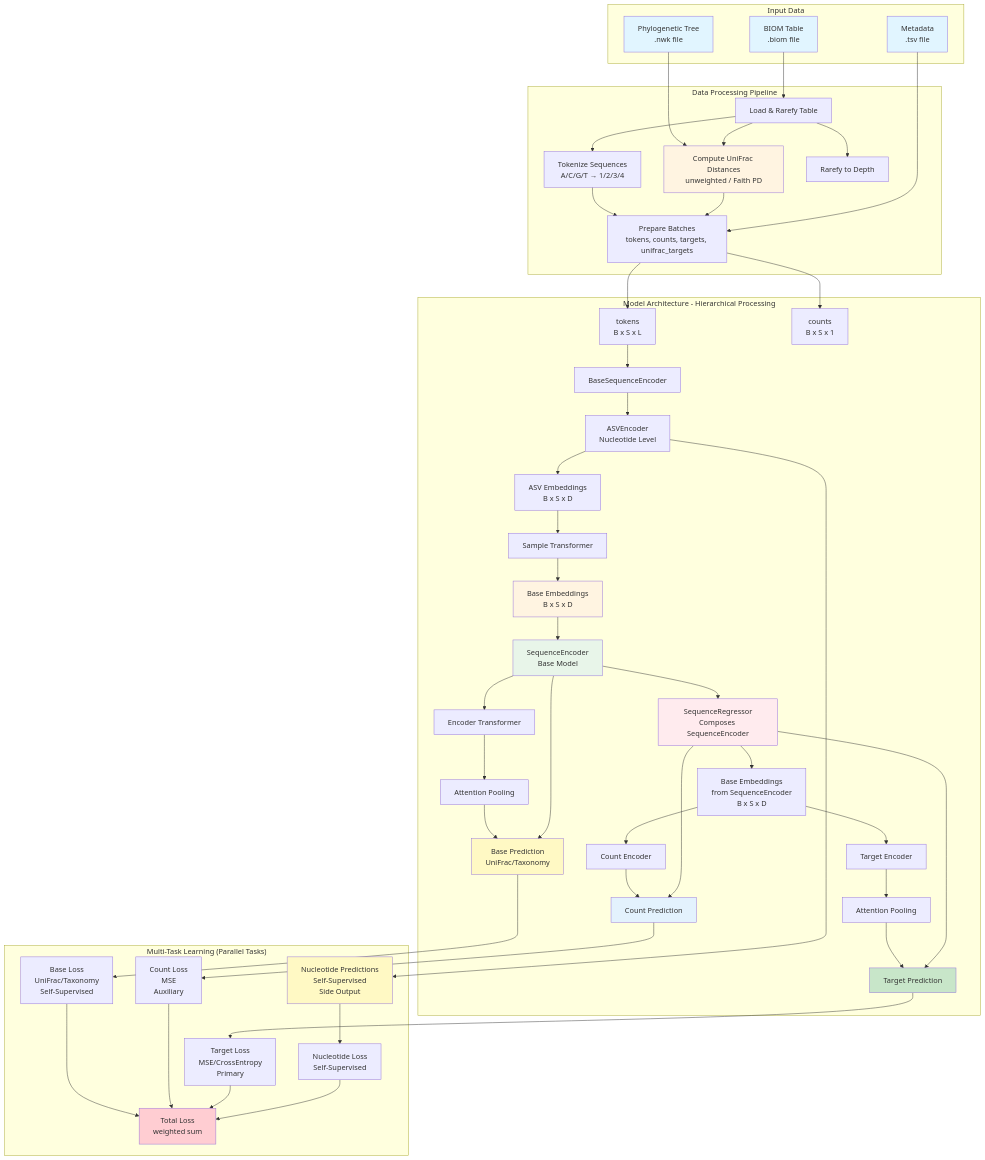
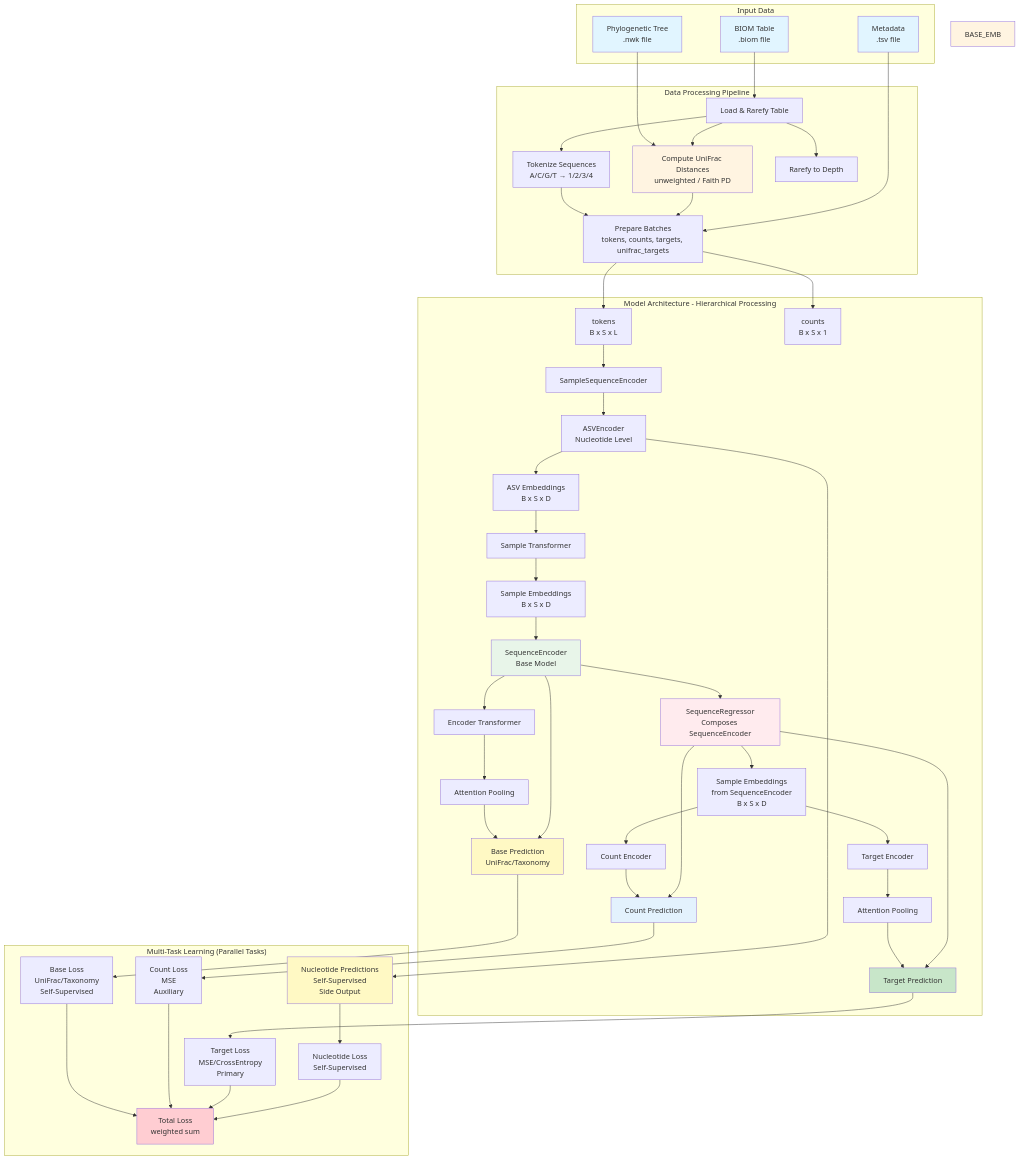
One commit to jbk708/aam changed the diagram in pytorch_porting_plan/00_overview.md. Above: the diagram before and after it, drawn with Mermaid. The commit also changed other lines of this file and 8 other files, not shown here.

Commit message:
Rename BaseSequenceEncoder to SampleSequenceEncoder for clarity

````diff
--- a/pytorch_porting_plan/00_overview.md
+++ b/pytorch_porting_plan/00_overview.md
@@ -14,74 +14,74 @@
 ```mermaid
 graph TB
     subgraph "Input Data"
         BIOM[BIOM Table<br/>.biom file]
         PHYLO[Phylogenetic Tree<br/>.nwk file]
         META[Metadata<br/>.tsv file]
     end
     
     subgraph "Data Processing Pipeline"
         BIOM --> LOAD[Load & Rarefy Table]
         PHYLO --> UNIFRAC[Compute UniFrac Distances<br/>unweighted / Faith PD]
         LOAD --> UNIFRAC
         LOAD --> TOKENIZE[Tokenize Sequences<br/>A/C/G/T → 1/2/3/4]
         LOAD --> RAREFY[Rarefy to Depth]
         TOKENIZE --> PREPARE[Prepare Batches<br/>tokens, counts, targets, unifrac_targets]
         UNIFRAC --> PREPARE
         META --> PREPARE
     end
     
     subgraph "Model Architecture - Hierarchical Processing"
         PREPARE --> TOKENS[tokens<br/>B x S x L]
         PREPARE --> COUNTS[counts<br/>B x S x 1]
         
-        TOKENS --> BASE[BaseSequenceEncoder]
-        BASE --> ASV_ENC[ASVEncoder<br/>Nucleotide Level]
+        TOKENS --> SAMPLE[SampleSequenceEncoder]
+        SAMPLE --> ASV_ENC[ASVEncoder<br/>Nucleotide Level]
         ASV_ENC --> ASV_EMB[ASV Embeddings<br/>B x S x D]
         ASV_EMB --> SAMPLE_TRANS[Sample Transformer]
-        SAMPLE_TRANS --> BASE_EMB[Base Embeddings<br/>B x S x D]
+        SAMPLE_TRANS --> SAMPLE_EMB[Sample Embeddings<br/>B x S x D]
         
-        BASE_EMB --> SEQ_ENC[SequenceEncoder<br/>Base Model]
+        SAMPLE_EMB --> SEQ_ENC[SequenceEncoder<br/>Base Model]
         SEQ_ENC --> ENC_TRANS[Encoder Transformer]
         ENC_TRANS --> ENC_POOL[Attention Pooling]
         ENC_POOL --> BASE_PRED[Base Prediction<br/>UniFrac/Taxonomy]
         
         SEQ_ENC --> SEQ_REG[SequenceRegressor<br/>Composes SequenceEncoder]
-        SEQ_REG --> BASE_EMB_REG[Base Embeddings<br/>from SequenceEncoder<br/>B x S x D]
-        BASE_EMB_REG --> COUNT_ENC[Count Encoder]
-        BASE_EMB_REG --> TARGET_ENC[Target Encoder]
+        SEQ_REG --> SAMPLE_EMB_REG[Sample Embeddings<br/>from SequenceEncoder<br/>B x S x D]
+        SAMPLE_EMB_REG --> COUNT_ENC[Count Encoder]
+        SAMPLE_EMB_REG --> TARGET_ENC[Target Encoder]
         COUNT_ENC --> COUNT_PRED[Count Prediction]
         TARGET_ENC --> TARGET_POOL[Attention Pooling]
         TARGET_POOL --> TARGET_PRED[Target Prediction]
     end
     
     subgraph "Multi-Task Learning (Parallel Tasks)"
         SEQ_ENC --> BASE_PRED
         SEQ_REG --> COUNT_PRED
         SEQ_REG --> TARGET_PRED
         ASV_ENC --> NUC_PRED[Nucleotide Predictions<br/>Self-Supervised<br/>Side Output]
         
         BASE_PRED --> LOSS1[Base Loss<br/>UniFrac/Taxonomy<br/>Self-Supervised]
         COUNT_PRED --> LOSS2[Count Loss<br/>MSE<br/>Auxiliary]
         TARGET_PRED --> LOSS3[Target Loss<br/>MSE/CrossEntropy<br/>Primary]
         NUC_PRED --> LOSS4[Nucleotide Loss<br/>Self-Supervised]
         
         LOSS1 --> TOTAL[Total Loss<br/>weighted sum]
         LOSS2 --> TOTAL
         LOSS3 --> TOTAL
         LOSS4 --> TOTAL
         
         style BASE_PRED fill:#fff9c4
         style NUC_PRED fill:#fff9c4
         style COUNT_PRED fill:#e3f2fd
         style TARGET_PRED fill:#c8e6c9
     end
     
     style BIOM fill:#e1f5ff
     style PHYLO fill:#e1f5ff
     style META fill:#e1f5ff
     style UNIFRAC fill:#fff4e1
     style BASE_EMB fill:#fff4e1
     style SEQ_ENC fill:#e8f5e9
     style SEQ_REG fill:#ffebee
     style TOTAL fill:#ffcdd2
 ```
````
